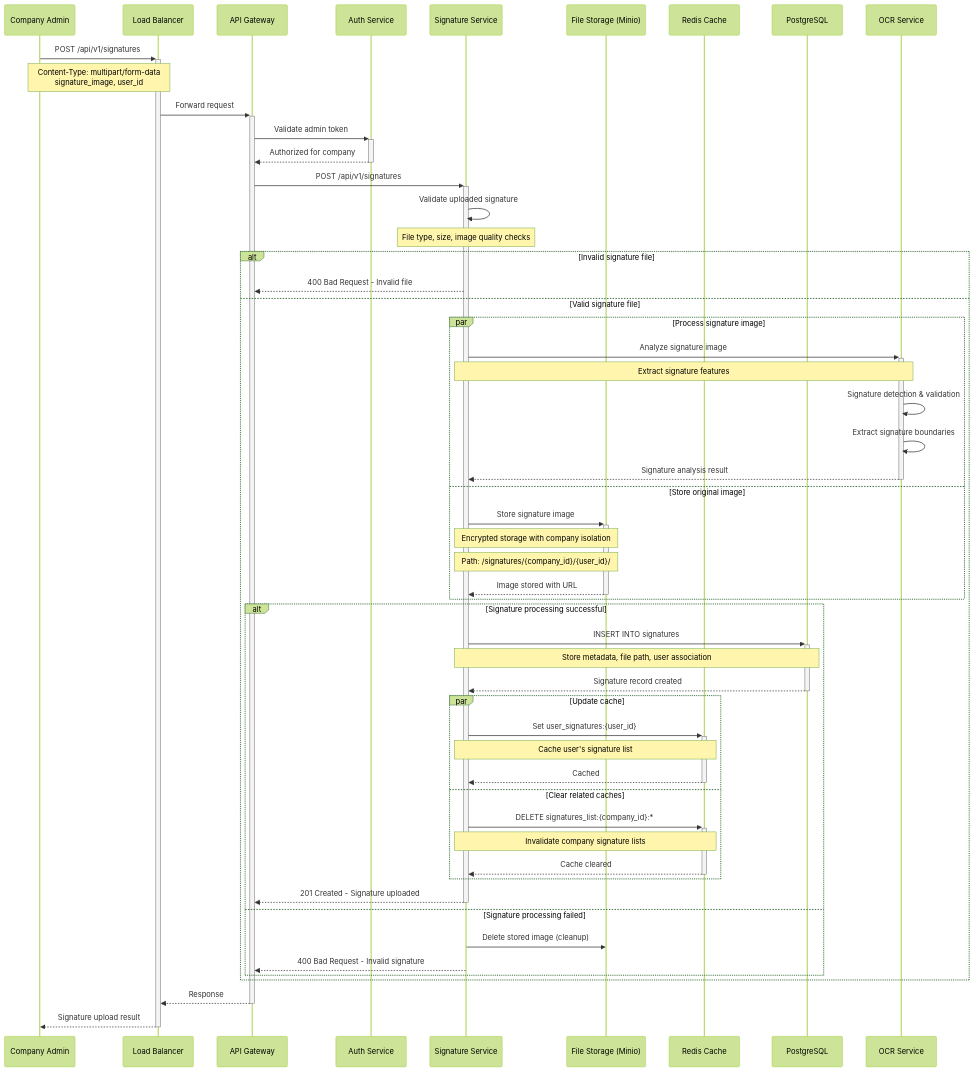
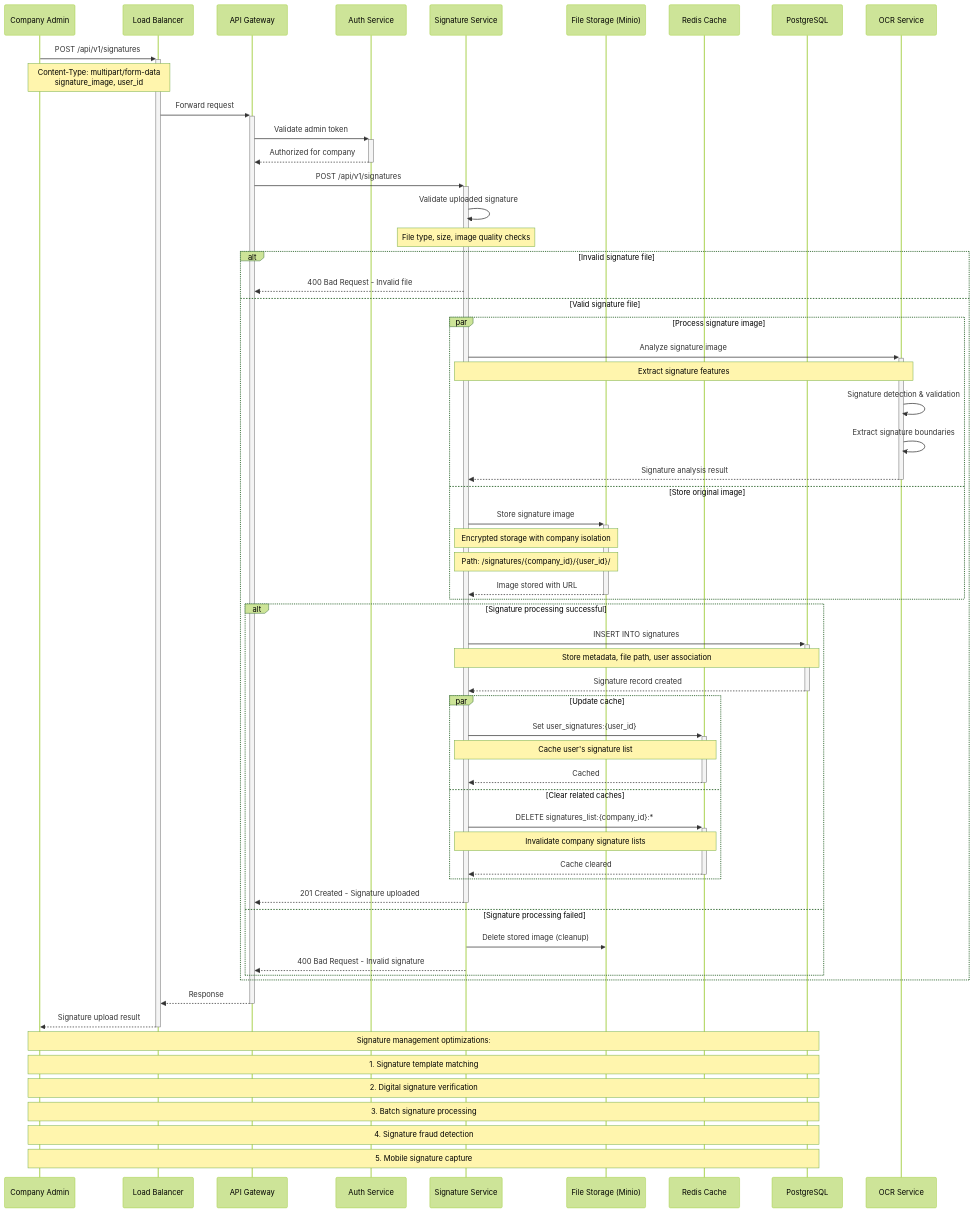
The diagram in doc/sequence_diagrams/signature/upload_signature.mmd (Youknow2509/cio_verify_face), drawn with Mermaid (forest theme) before and after one commit. The commit also changed 46 other files, not shown here.

```diff
--- a/doc/sequence_diagrams/signature/upload_signature.mmd
+++ b/doc/sequence_diagrams/signature/upload_signature.mmd
@@ -1,63 +1,70 @@
 sequenceDiagram
     participant Admin as Company Admin
     participant LB as Load Balancer
     participant Gateway as API Gateway
     participant Auth as Auth Service
     participant Signature as Signature Service
     participant Storage as File Storage (Minio)
     participant Cache as Redis Cache
     participant DB as PostgreSQL
     participant OCR as OCR Service
 
     Admin->>+LB: POST /api/v1/signatures
     Note over Admin,LB: Content-Type: multipart/form-data<br/>signature_image, user_id
     
     LB->>+Gateway: Forward request
     Gateway->>+Auth: Validate admin token
     Auth-->>-Gateway: Authorized for company
     
     Gateway->>+Signature: POST /api/v1/signatures
     
     Signature->>Signature: Validate uploaded signature
     Note over Signature: File type, size, image quality checks
     
     alt Invalid signature file
         Signature-->>Gateway: 400 Bad Request - Invalid file
     else Valid signature file
         par Process signature image
             Signature->>+OCR: Analyze signature image
             Note over Signature,OCR: Extract signature features
             OCR->>OCR: Signature detection & validation
             OCR->>OCR: Extract signature boundaries
             OCR-->>-Signature: Signature analysis result
         and Store original image
             Signature->>+Storage: Store signature image
             Note over Signature,Storage: Encrypted storage with company isolation
             Note over Signature,Storage: Path: /signatures/{company_id}/{user_id}/
             Storage-->>-Signature: Image stored with URL
         end
         
         alt Signature processing successful
             Signature->>+DB: INSERT INTO signatures
             Note over Signature,DB: Store metadata, file path, user association
             DB-->>-Signature: Signature record created
             
             par Update cache
                 Signature->>+Cache: Set user_signatures:{user_id}
                 Note over Signature,Cache: Cache user's signature list
                 Cache-->>-Signature: Cached
             and Clear related caches
                 Signature->>+Cache: DELETE signatures_list:{company_id}:*
                 Note over Signature,Cache: Invalidate company signature lists
                 Cache-->>-Signature: Cache cleared
             end
             
             Signature-->>-Gateway: 201 Created - Signature uploaded
         else Signature processing failed
             Signature->>Storage: Delete stored image (cleanup)
             Signature-->>Gateway: 400 Bad Request - Invalid signature
         end
     end
     
     Gateway-->>-LB: Response
     LB-->>-Admin: Signature upload result
+    
+    Note over Admin,DB: Signature management optimizations:
+    Note over Admin,DB: 1. Signature template matching
+    Note over Admin,DB: 2. Digital signature verification
+    Note over Admin,DB: 3. Batch signature processing
+    Note over Admin,DB: 4. Signature fraud detection
+    Note over Admin,DB: 5. Mobile signature capture
```
